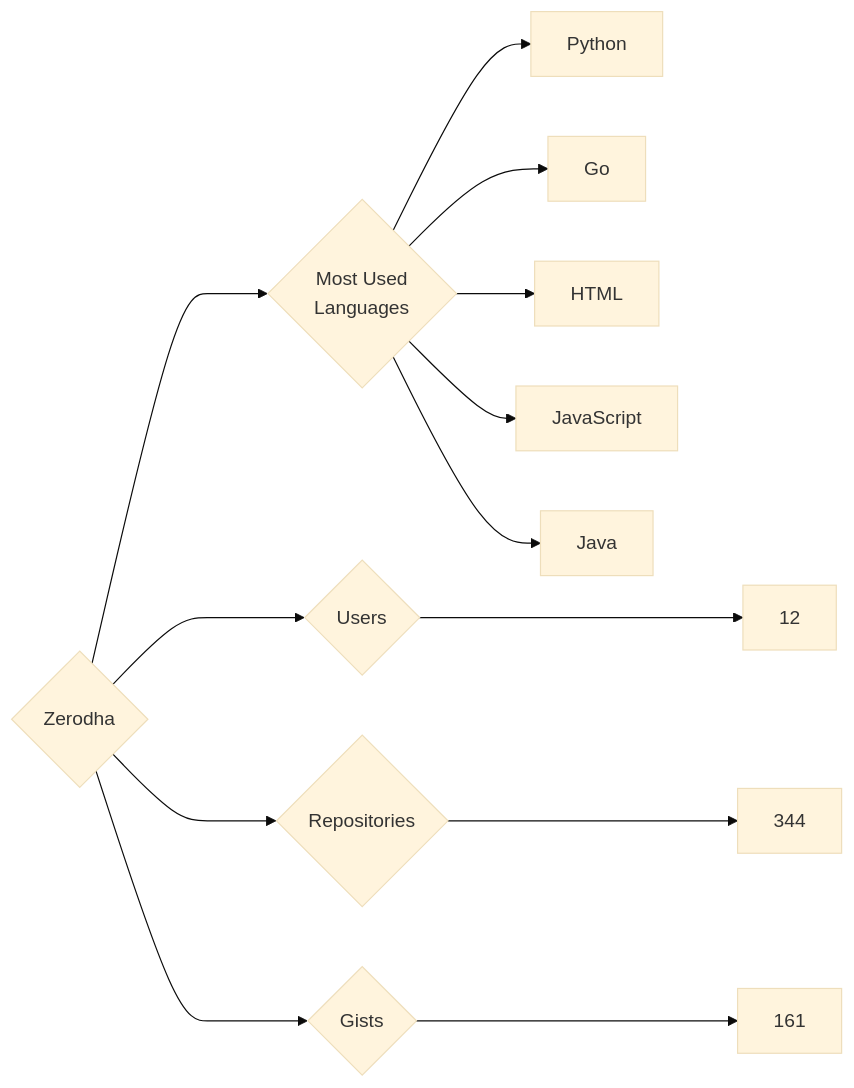
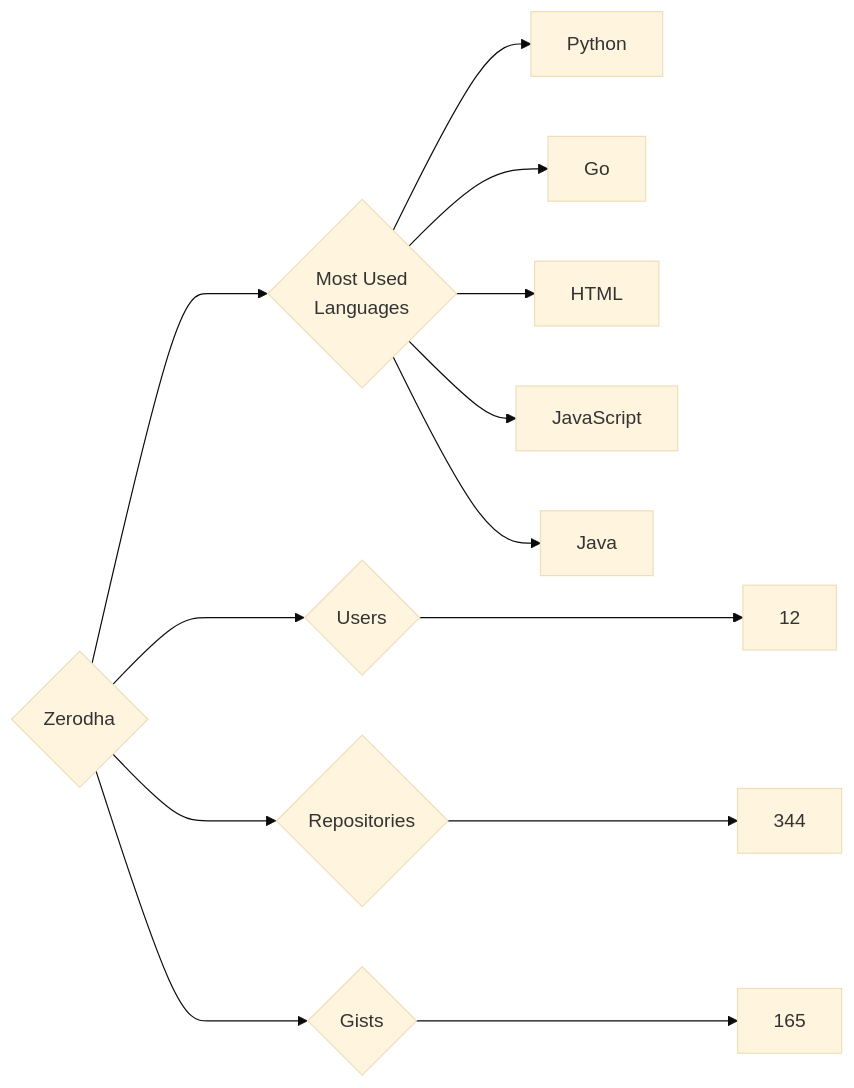
The diagram in targets/Zerodha/README.md (trickest/insiders), drawn with Mermaid (base theme) before and after one commit. The commit also changed 877 other files, not shown here.

````diff
--- a/targets/Zerodha/README.md
+++ b/targets/Zerodha/README.md
@@ -3,13 +3,13 @@
 ```mermaid
 graph LR
 COMPANY_NAME{Zerodha}
 COMPANY_NAME ---> U{Users} ---> UN[12]
 COMPANY_NAME ---> R{Repositories} ---> RN[344]
-COMPANY_NAME ---> G{Gists} ---> GN[161]
+COMPANY_NAME ---> G{Gists} ---> GN[165]
 COMPANY_NAME ---> ML{Most Used<br>Languages}
 ML --> Python[Python]
 ML --> Go[Go]
 ML --> HTML[HTML]
 ML --> JavaScript[JavaScript]
 ML --> Java[Java]
 ```
````
